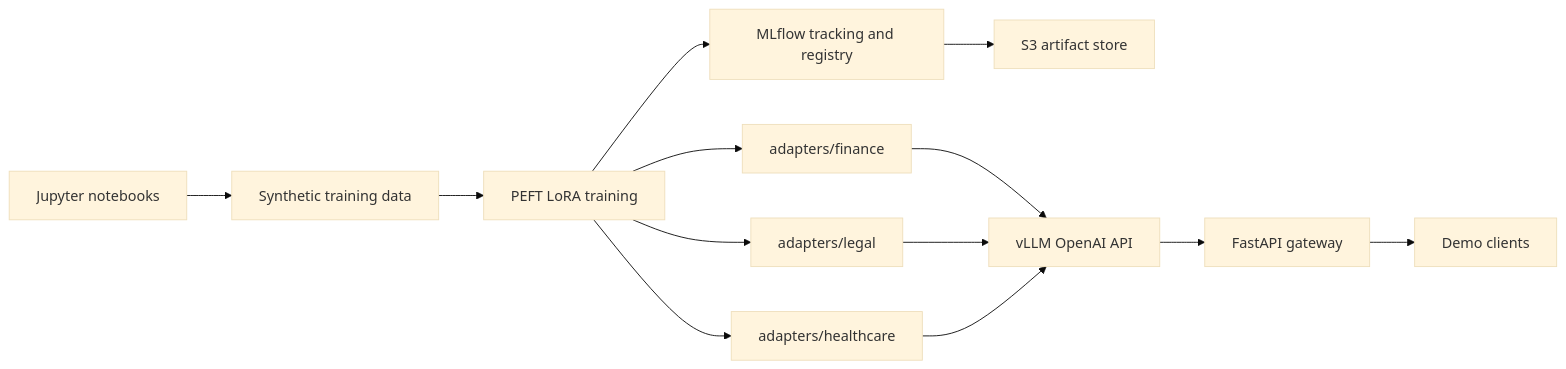
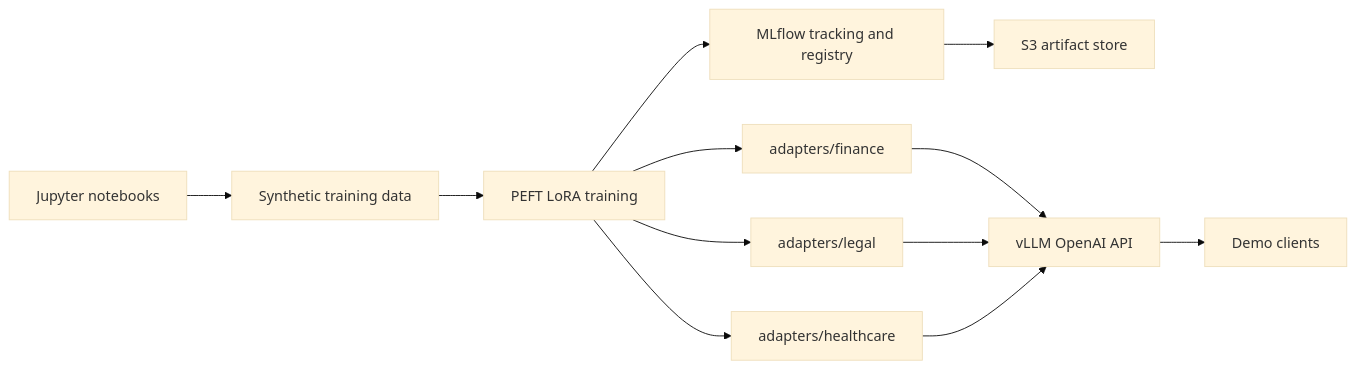
One commit to Vincent-Charbonnier/llmops-demo changed the diagram in README.md. Above: the diagram before and after it, drawn with Mermaid (base theme).

````diff
--- a/README.md
+++ b/README.md
@@ -7,15 +7,14 @@
 ```mermaid
 flowchart LR
     A[Jupyter notebooks] --> B[Synthetic training data]
     B --> C[PEFT LoRA training]
     C --> D[adapters/finance]
     C --> E[adapters/legal]
     C --> F[adapters/healthcare]
     C --> G[MLflow tracking and registry]
     G --> H[S3 artifact store]
     D --> I[vLLM OpenAI API]
     E --> I
     F --> I
-    I --> J[FastAPI gateway]
-    J --> K[Demo clients]
+    I --> K[Demo clients]
 ```
````
